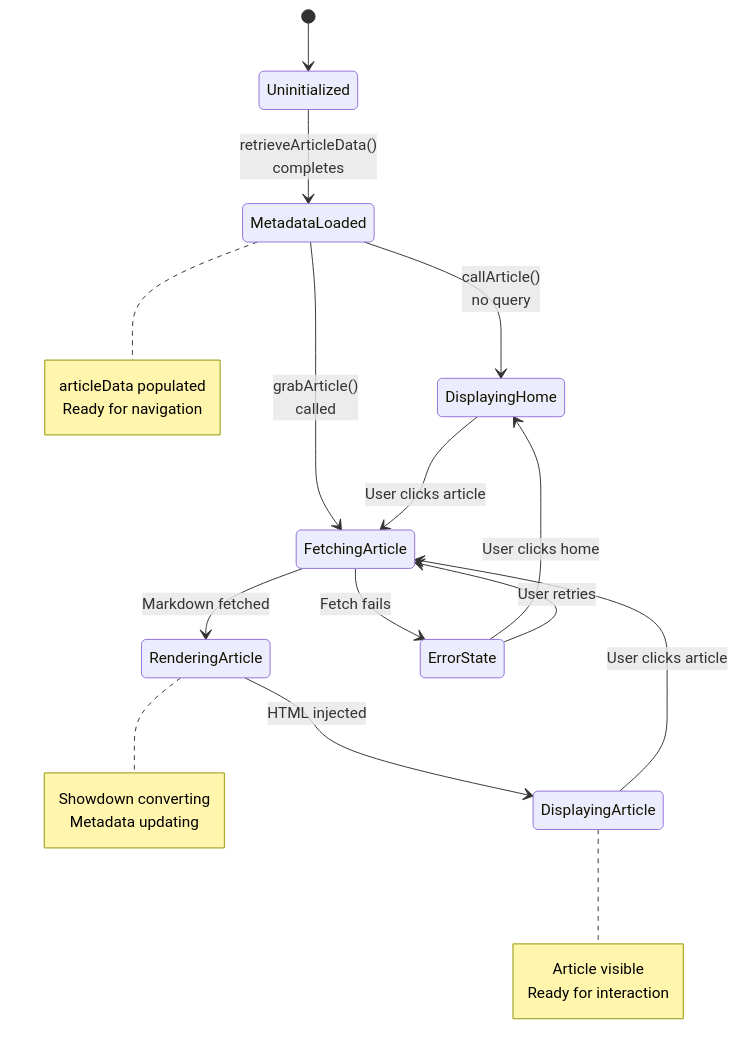
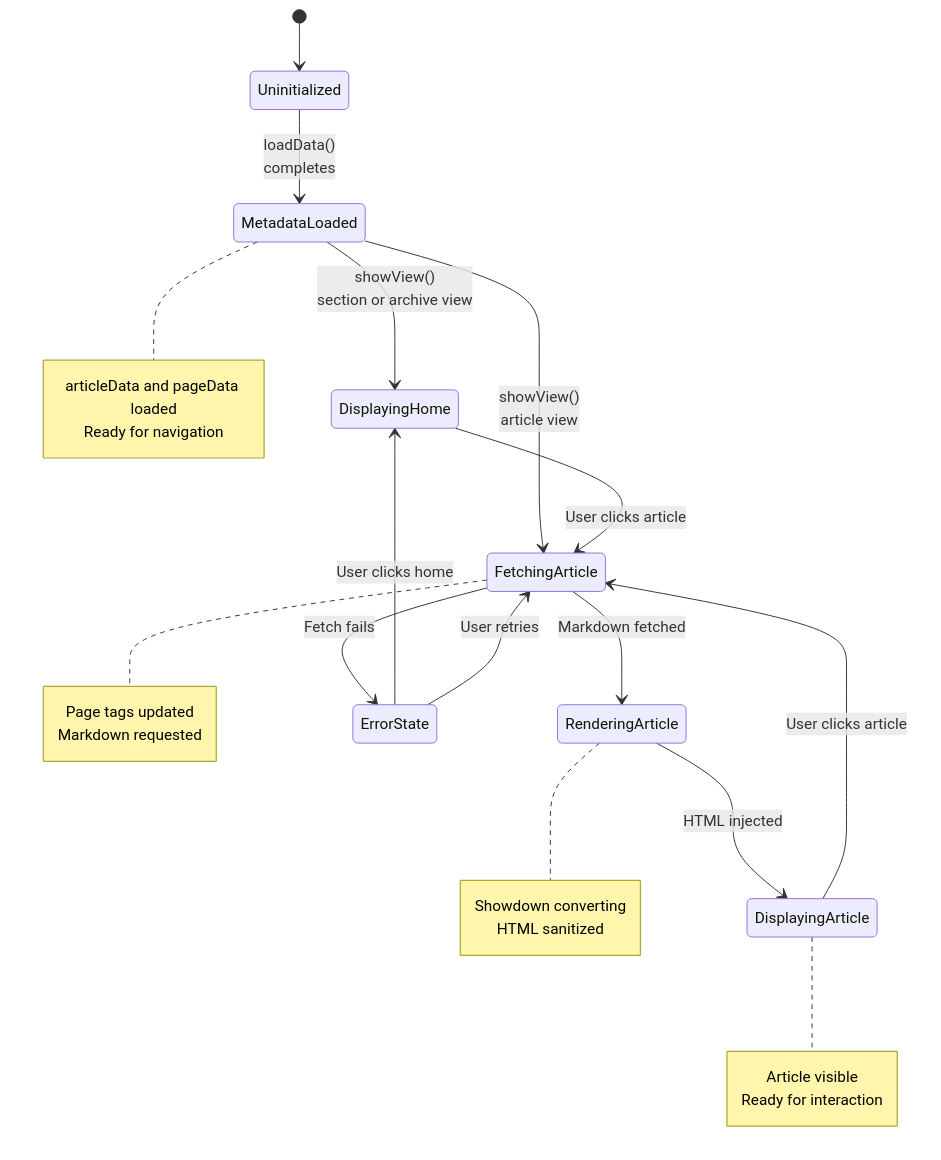
Before and after one commit to AlexJSully/Small-Dev-Talk: the fifth of 5 diagrams in docs/architecture/data-flow.md, drawn with Mermaid. The commit also changed other lines of this file and 9 other files, not shown here.

First line of the commit message:
Shrink ArticleFiller to three methods and fix query-string routing (#122)

````diff
--- a/docs/architecture/data-flow.md
+++ b/docs/architecture/data-flow.md
@@ -233,31 +233,36 @@
 ```mermaid
 stateDiagram-v2
     accTitle: ArticleFiller state transitions
-    accDescr: States move from Uninitialized to MetadataLoaded after retrieveArticleData(), then to DisplayingHome or FetchingArticle, then RenderingArticle and DisplayingArticle. A failed fetch enters ErrorState, with paths back to the homepage or a retry.
+    accDescr: States move from Uninitialized to MetadataLoaded after loadData(), then to DisplayingHome or FetchingArticle, then RenderingArticle and DisplayingArticle. A failed fetch enters ErrorState, with paths back to the homepage or a retry.
     [*] --> Uninitialized
-    Uninitialized --> MetadataLoaded: retrieveArticleData()<br/>completes
-    MetadataLoaded --> DisplayingHome: callArticle()<br/>no query
-    MetadataLoaded --> FetchingArticle: grabArticle()<br/>called
+    Uninitialized --> MetadataLoaded: loadData()<br/>completes
+    MetadataLoaded --> DisplayingHome: showView()<br/>section or archive view
+    MetadataLoaded --> FetchingArticle: showView()<br/>article view
     FetchingArticle --> RenderingArticle: Markdown fetched
     RenderingArticle --> DisplayingArticle: HTML injected
     DisplayingArticle --> FetchingArticle: User clicks article
     DisplayingHome --> FetchingArticle: User clicks article
     FetchingArticle --> ErrorState: Fetch fails
     ErrorState --> DisplayingHome: User clicks home
     ErrorState --> FetchingArticle: User retries
 
     note right of MetadataLoaded
-        articleData populated
+        articleData and pageData loaded
         Ready for navigation
+    end note
+
+    note right of FetchingArticle
+        Page tags updated
+        Markdown requested
     end note
 
     note right of RenderingArticle
         Showdown converting
-        Metadata updating
+        HTML sanitized
     end note
 
     note right of DisplayingArticle
         Article visible
         Ready for interaction
     end note
 ```
````
